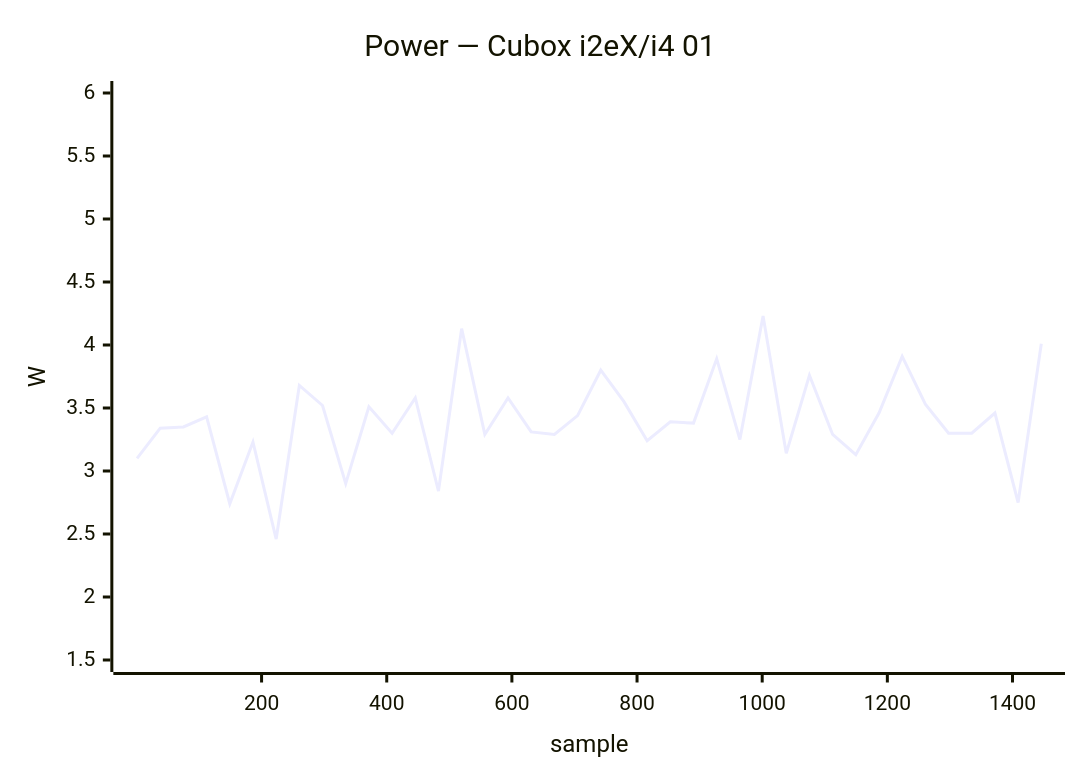
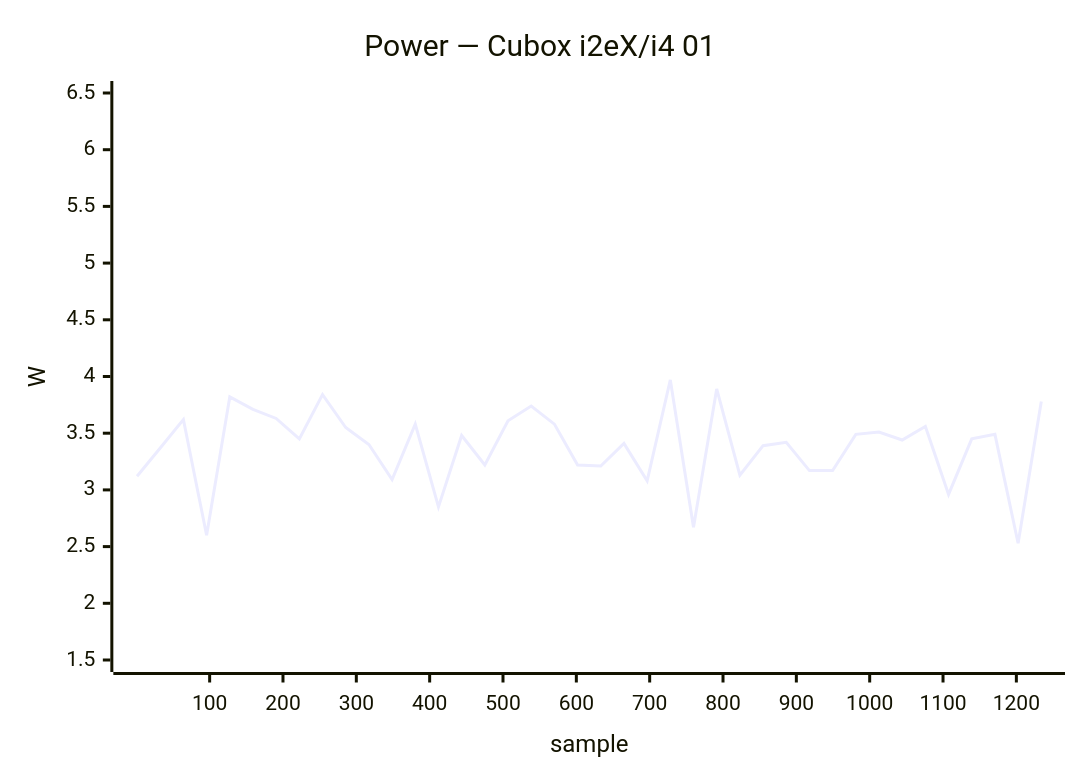
Diagram 14 of 39 in docs/status/board-tests.md (armbian/documentation), drawn with Mermaid before and after one commit. The commit also changed other lines of this file, not shown here.

````diff
--- a/docs/status/board-tests.md
+++ b/docs/status/board-tests.md
@@ -639,7 +592,7 @@
 ```mermaid
 xychart-beta
     title "Power — Cubox i2eX/i4 01"
-    x-axis "sample" 1 --> 1446
-    y-axis "W" 1.5 --> 6.0
-    line [3.10, 3.34, 3.35, 3.43, 2.74, 3.23, 2.46, 3.68, 3.52, 2.90, 3.51, 3.30, 3.58, 2.84, 4.13, 3.29, 3.58, 3.31, 3.29, 3.44, 3.80, 3.55, 3.24, 3.39, 3.38, 3.89, 3.25, 4.23, 3.14, 3.76, 3.29, 3.13, 3.46, 3.91, 3.53, 3.30, 3.30, 3.46, 2.75, 4.01]
+    x-axis "sample" 1 --> 1234
+    y-axis "W" 1.5 --> 6.5
+    line [3.12, 3.37, 3.62, 2.60, 3.82, 3.71, 3.63, 3.45, 3.84, 3.55, 3.40, 3.09, 3.58, 2.85, 3.48, 3.22, 3.61, 3.74, 3.58, 3.22, 3.21, 3.41, 3.08, 3.97, 2.67, 3.89, 3.13, 3.39, 3.42, 3.17, 3.17, 3.49, 3.51, 3.44, 3.56, 2.96, 3.45, 3.49, 2.53, 3.78]
 ```
````
